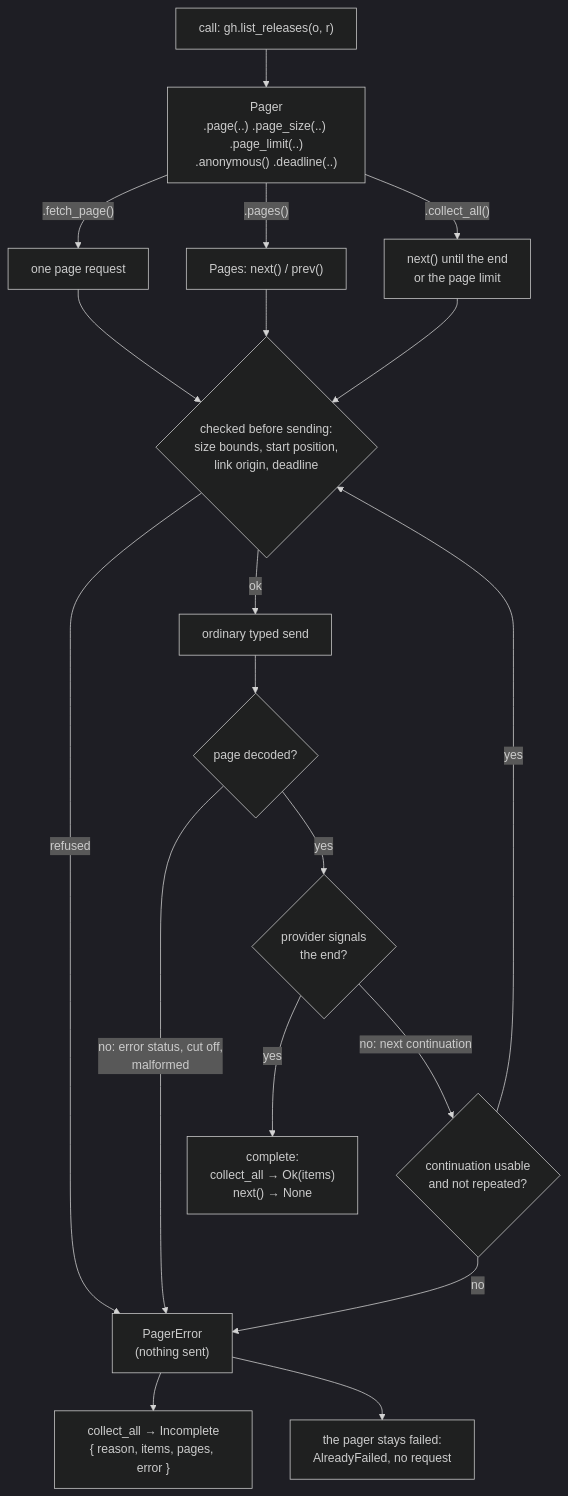
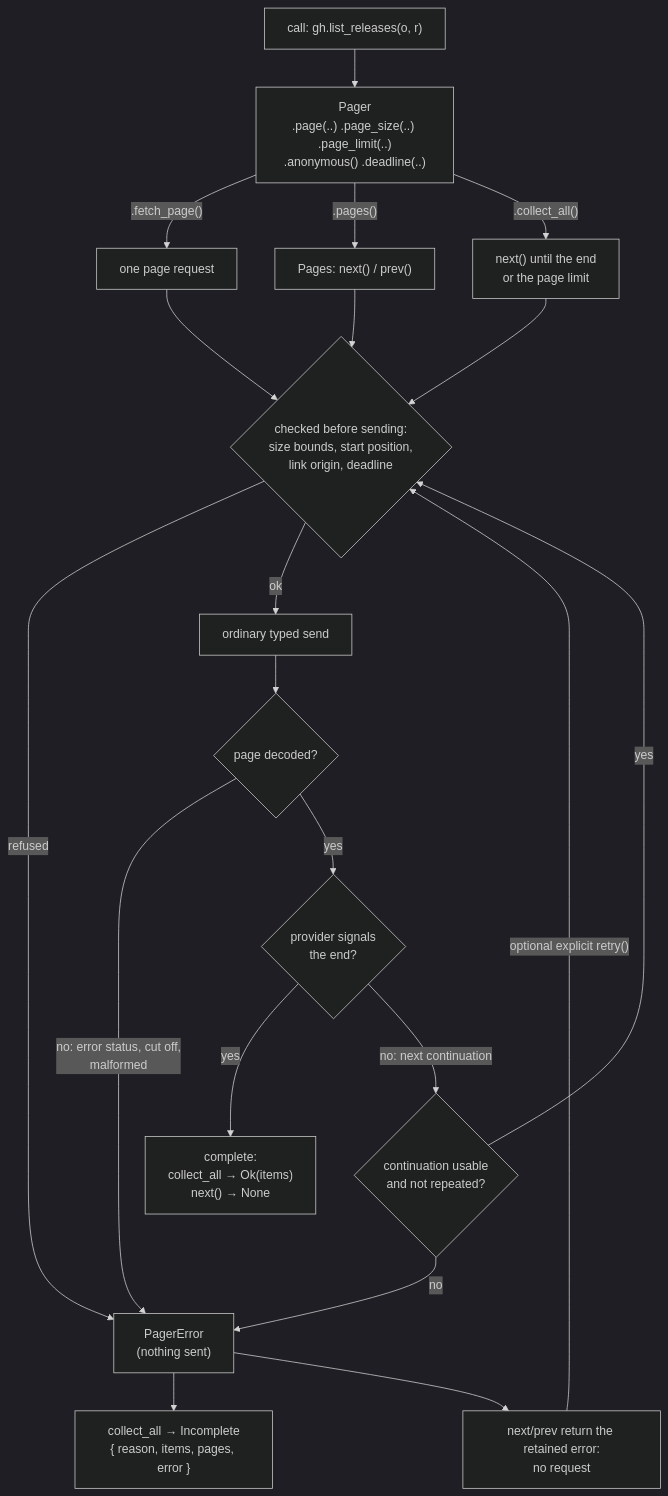
One commit to yankeeinlondon/rusty-biscuit changed the first of 4 diagrams in schematic/docs/pagination.md. Above: the diagram before and after it, drawn with Mermaid (dark theme). The commit also changed other lines of this file and 7 other files, not shown here.

First line of the commit message:
docs(schematic): publish definition-snapshots guide and refresh pagination contracts

````diff
--- a/schematic/docs/pagination.md
+++ b/schematic/docs/pagination.md
@@ -194,21 +194,22 @@
 ```mermaid
 flowchart TD
     call["call: gh.list_releases(o, r)"] --> pager["Pager<br/>.page(..) .page_size(..) .page_limit(..)<br/>.anonymous() .deadline(..)"]
     pager -->|".fetch_page()"| one["one page request"]
     pager -->|".pages()"| iter["Pages: next() / prev()"]
     pager -->|".collect_all()"| collect["next() until the end<br/>or the page limit"]
     iter --> req
     collect --> req
     one --> req{"checked before sending:<br/>size bounds, start position,<br/>link origin, deadline"}
     req -->|refused| fail["PagerError<br/>(nothing sent)"]
     req -->|ok| send["ordinary typed send"]
     send --> page{"page decoded?"}
     page -->|"no: error status, cut off,<br/>malformed"| fail
     page -->|yes| endsig{"provider signals<br/>the end?"}
     endsig -->|yes| done["complete:<br/>collect_all → Ok(items)<br/>next() → None"]
     endsig -->|"no: next continuation"| cont{"continuation usable<br/>and not repeated?"}
     cont -->|yes| req
     cont -->|no| fail
     fail --> inc["collect_all → Incomplete<br/>{ reason, items, pages, error }"]
-    fail --> stays["the pager stays failed:<br/>AlreadyFailed, no request"]
+    fail --> stays["next/prev return the retained error:<br/>no request"]
+    stays -->|"optional explicit retry()"| req
 ```
````
